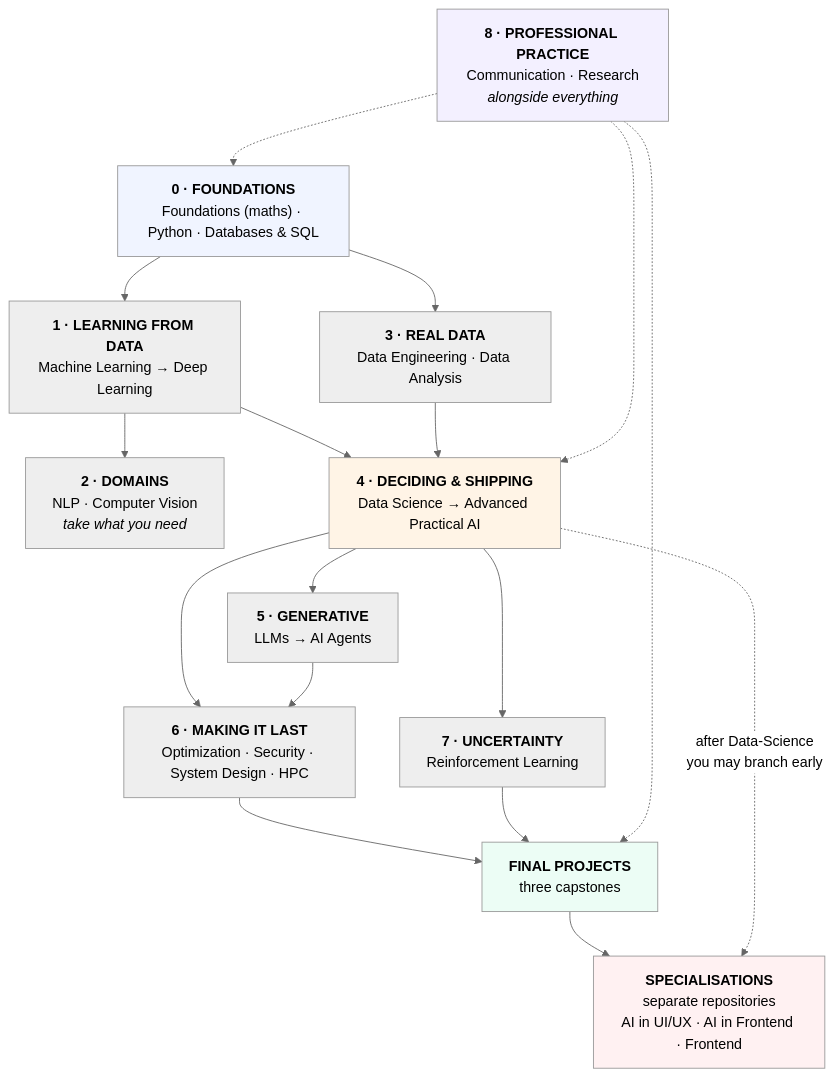
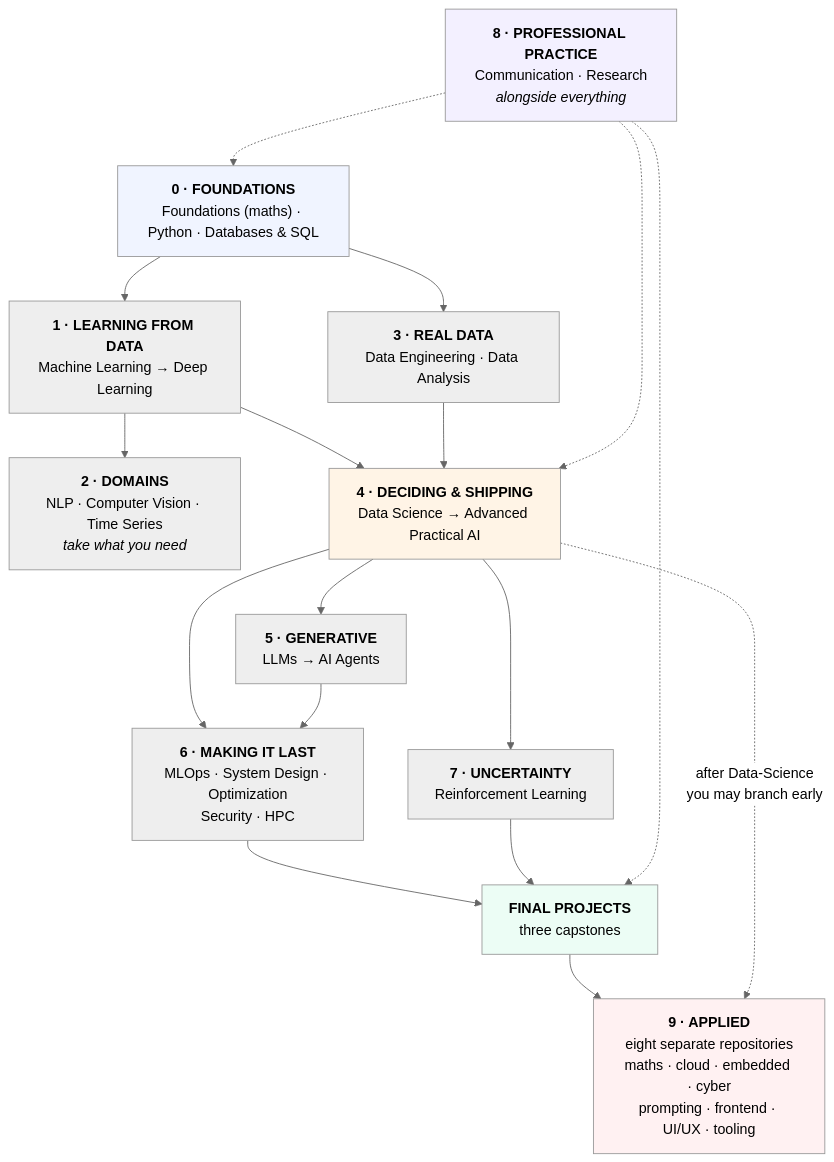
Before and after one commit to Tayel-Ai-Labs-Courses/Advanced-AI: the diagram in CURRICULUM.md, drawn with Mermaid (neutral theme). The commit also changed other lines of this file and 3 other files, not shown here.

First line of the commit message:
Rebuild the overview as one unified roadmap across all repositories

````diff
--- a/CURRICULUM.md
+++ b/CURRICULUM.md
@@ -18,24 +19,24 @@
 ```mermaid
 flowchart TD
     B0["<b>0 · FOUNDATIONS</b><br/>Foundations (maths) · Python · Databases &amp; SQL"] --> B1["<b>1 · LEARNING FROM DATA</b><br/>Machine Learning → Deep Learning"]
-    B1 --> B2["<b>2 · DOMAINS</b><br/>NLP · Computer Vision<br/><i>take what you need</i>"]
+    B1 --> B2["<b>2 · DOMAINS</b><br/>NLP · Computer Vision · Time Series<br/><i>take what you need</i>"]
     B0 --> B3["<b>3 · REAL DATA</b><br/>Data Engineering · Data Analysis"]
     B1 --> B4["<b>4 · DECIDING &amp; SHIPPING</b><br/>Data Science → Advanced Practical AI"]
     B3 --> B4
     B4 --> B5["<b>5 · GENERATIVE</b><br/>LLMs → AI Agents"]
-    B4 --> B6["<b>6 · MAKING IT LAST</b><br/>Optimization · Security · System Design · HPC"]
+    B4 --> B6["<b>6 · MAKING IT LAST</b><br/>MLOps · System Design · Optimization<br/>Security · HPC"]
     B5 --> B6
     B4 --> B7["<b>7 · UNCERTAINTY</b><br/>Reinforcement Learning"]
     B6 --> CAP["<b>FINAL PROJECTS</b><br/>three capstones"]
     B7 --> CAP
     B8["<b>8 · PROFESSIONAL PRACTICE</b><br/>Communication · Research<br/><i>alongside everything</i>"] -.-> B0
     B8 -.-> B4
     B8 -.-> CAP
-    CAP --> SP["<b>SPECIALISATIONS</b><br/>separate repositories<br/>AI in UI/UX · AI in Frontend · Frontend"]
+    CAP --> SP["<b>9 · APPLIED</b><br/>eight separate repositories<br/>maths · cloud · embedded · cyber<br/>prompting · frontend · UI/UX · tooling"]
     B4 -.->|"after Data-Science<br/>you may branch early"| SP
     style B0 fill:#f0f4ff
     style B4 fill:#fff4e6
     style B8 fill:#f3f0ff
     style CAP fill:#ecfdf5
     style SP fill:#fff1f2
 ```
````
